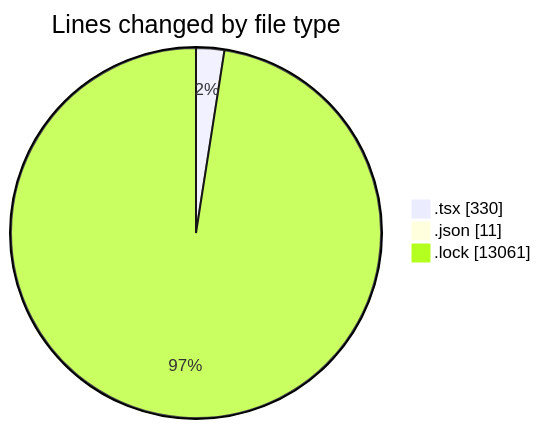
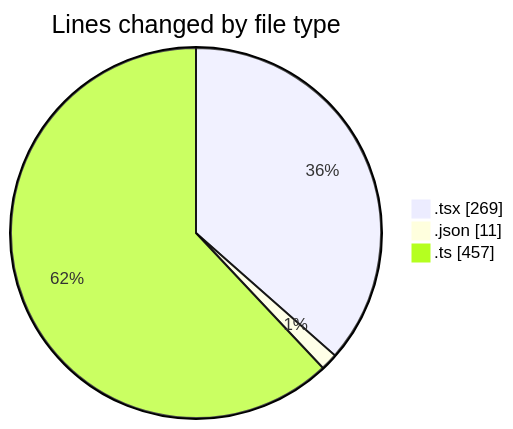
The first of 2 diagrams in 2025-05-12/cda/README.md (momahboobian/code-tracking), drawn with Mermaid before and after one commit. The commit also changed other lines of this file and 1 other file, not shown here.

````diff
--- a/2025-05-12/cda/README.md
+++ b/2025-05-12/cda/README.md
@@ -30,7 +30,7 @@
 ```mermaid
 pie showData
 title Lines changed by file type
-".tsx" : 330
+".tsx" : 269
 ".json" : 11
-".lock" : 13061
+".ts" : 457
 ```
````
